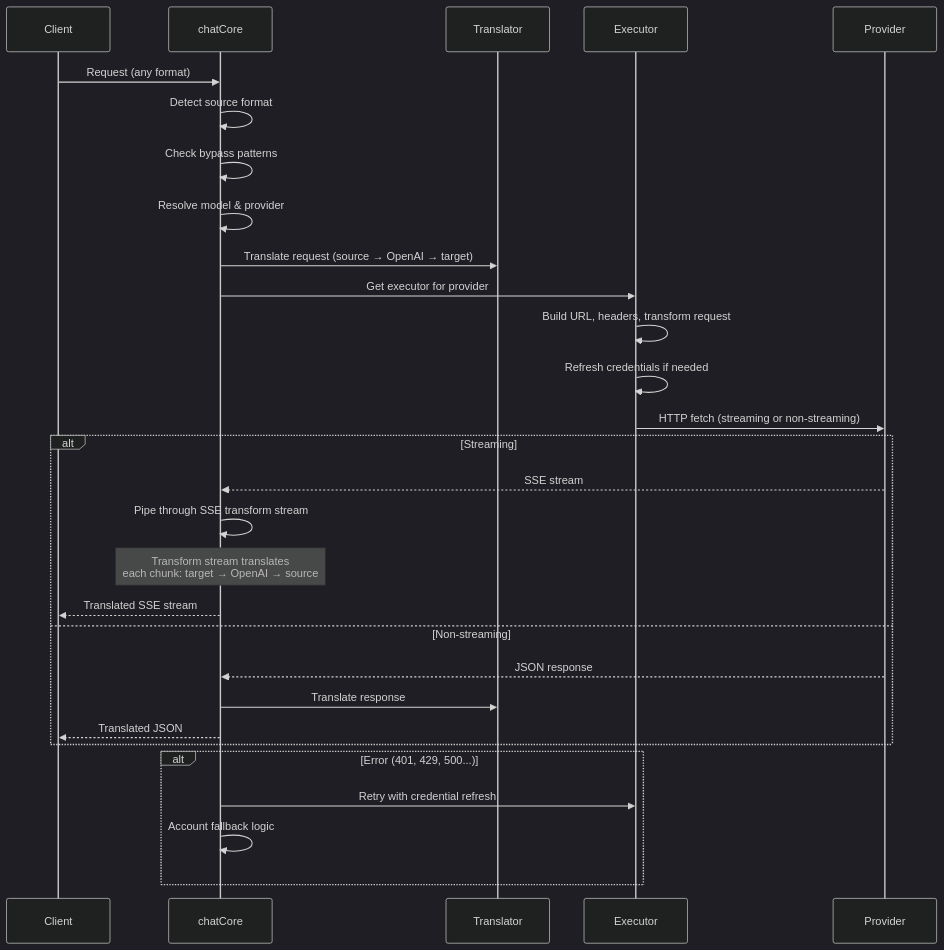
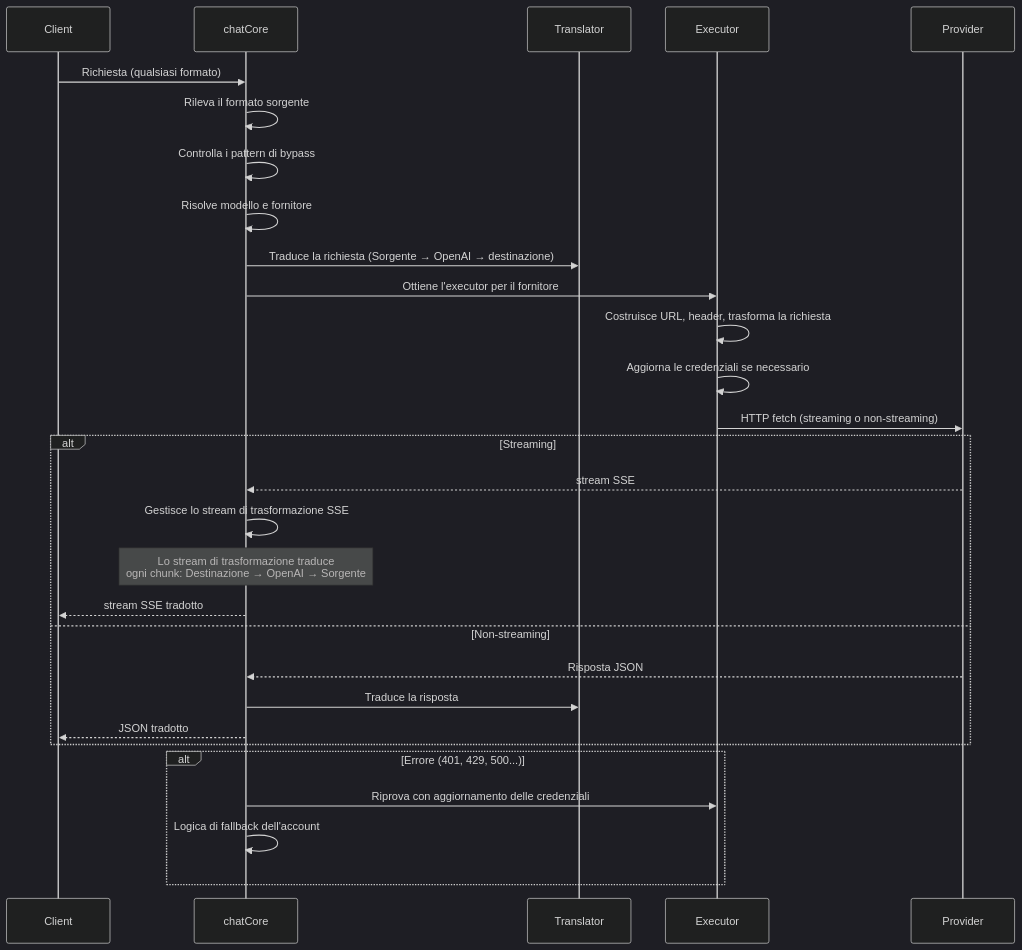
The fourth of 12 diagrams in docs/i18n/it/docs/architecture/CODEBASE_DOCUMENTATION.md (Aseel1600/Claude), drawn with Mermaid (dark theme) before and after one commit. The commit also changed other lines of this file and 2 other files, not shown here.

Commit message:
docs(i18n): add Italian translation of ARCHITECTURE and CODEBASE_DOCUMENTATION

````diff
--- a/docs/i18n/it/docs/architecture/CODEBASE_DOCUMENTATION.md
+++ b/docs/i18n/it/docs/architecture/CODEBASE_DOCUMENTATION.md
@@ -224,34 +224,34 @@
 ```mermaid
 sequenceDiagram
     participant Client
     participant chatCore
     participant Translator
     participant Executor
     participant Provider
 
-    Client->>chatCore: Request (any format)
-    chatCore->>chatCore: Detect source format
-    chatCore->>chatCore: Check bypass patterns
-    chatCore->>chatCore: Resolve model & provider
-    chatCore->>Translator: Translate request (source → OpenAI → target)
-    chatCore->>Executor: Get executor for provider
-    Executor->>Executor: Build URL, headers, transform request
-    Executor->>Executor: Refresh credentials if needed
-    Executor->>Provider: HTTP fetch (streaming or non-streaming)
+    Client->>chatCore: Richiesta (qualsiasi formato)
+    chatCore->>chatCore: Rileva il formato sorgente
+    chatCore->>chatCore: Controlla i pattern di bypass
+    chatCore->>chatCore: Risolve modello e fornitore
+    chatCore->>Translator: Traduce la richiesta (Sorgente → OpenAI → destinazione)
+    chatCore->>Executor: Ottiene l'executor per il fornitore
+    Executor->>Executor: Costruisce URL, header, trasforma la richiesta
+    Executor->>Executor: Aggiorna le credenziali se necessario
+    Executor->>Provider: HTTP fetch (streaming o non-streaming)
 
     alt Streaming
-        Provider-->>chatCore: SSE stream
-        chatCore->>chatCore: Pipe through SSE transform stream
-        Note over chatCore: Transform stream translates<br/>each chunk: target → OpenAI → source
-        chatCore-->>Client: Translated SSE stream
+        Provider-->>chatCore: stream SSE
+        chatCore->>chatCore: Gestisce lo stream di trasformazione SSE
+        Note over chatCore: Lo stream di trasformazione traduce<br/>ogni chunk: Destinazione → OpenAI → Sorgente
+        chatCore-->>Client: stream SSE tradotto
     else Non-streaming
-        Provider-->>chatCore: JSON response
-        chatCore->>Translator: Translate response
-        chatCore-->>Client: Translated JSON
+        Provider-->>chatCore: Risposta JSON
+        chatCore->>Translator: Traduce la risposta
+        chatCore-->>Client: JSON tradotto
     end
 
-    alt Error (401, 429, 500...)
-        chatCore->>Executor: Retry with credential refresh
-        chatCore->>chatCore: Account fallback logic
+    alt Errore (401, 429, 500...)
+        chatCore->>Executor: Riprova con aggiornamento delle credenziali
+        chatCore->>chatCore: Logica di fallback dell'account
     end
 ```
````
